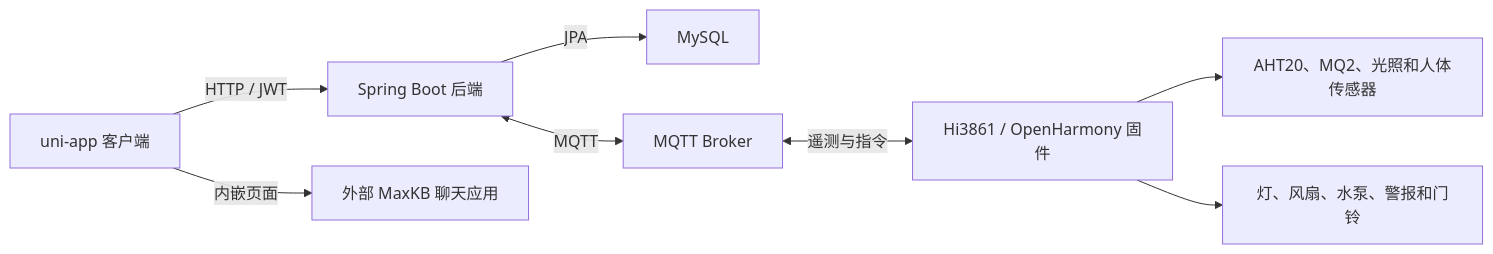
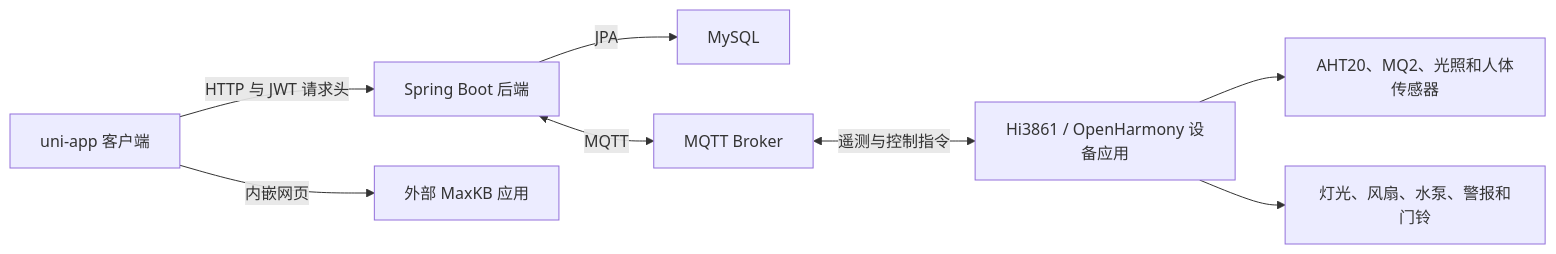
Before and after one commit to Nrun-Chen/Yijia-SmartHome: the diagram in README.zh-CN.md, drawn with Mermaid. The commit also changed other lines of this file and 1 other file, not shown here.

````diff
--- a/README.zh-CN.md
+++ b/README.zh-CN.md
@@ -23,10 +21,10 @@
 ```mermaid
 flowchart LR
-    U["uni-app 客户端"] -->|"HTTP / JWT"| B["Spring Boot 后端"]
-    U -->|"内嵌页面"| A["外部 MaxKB 聊天应用"]
+    U["uni-app 客户端"] -->|"HTTP 与 JWT 请求头"| B["Spring Boot 后端"]
+    U -->|"内嵌网页"| A["外部 MaxKB 应用"]
     B -->|"JPA"| D["MySQL"]
     B <-->|"MQTT"| M["MQTT Broker"]
-    M <-->|"遥测与指令"| H["Hi3861 / OpenHarmony 固件"]
+    M <-->|"遥测与控制指令"| H["Hi3861 / OpenHarmony 设备应用"]
     H --> S["AHT20、MQ2、光照和人体传感器"]
-    H --> E["灯、风扇、水泵、警报和门铃"]
+    H --> E["灯光、风扇、水泵、警报和门铃"]
 ```
````
